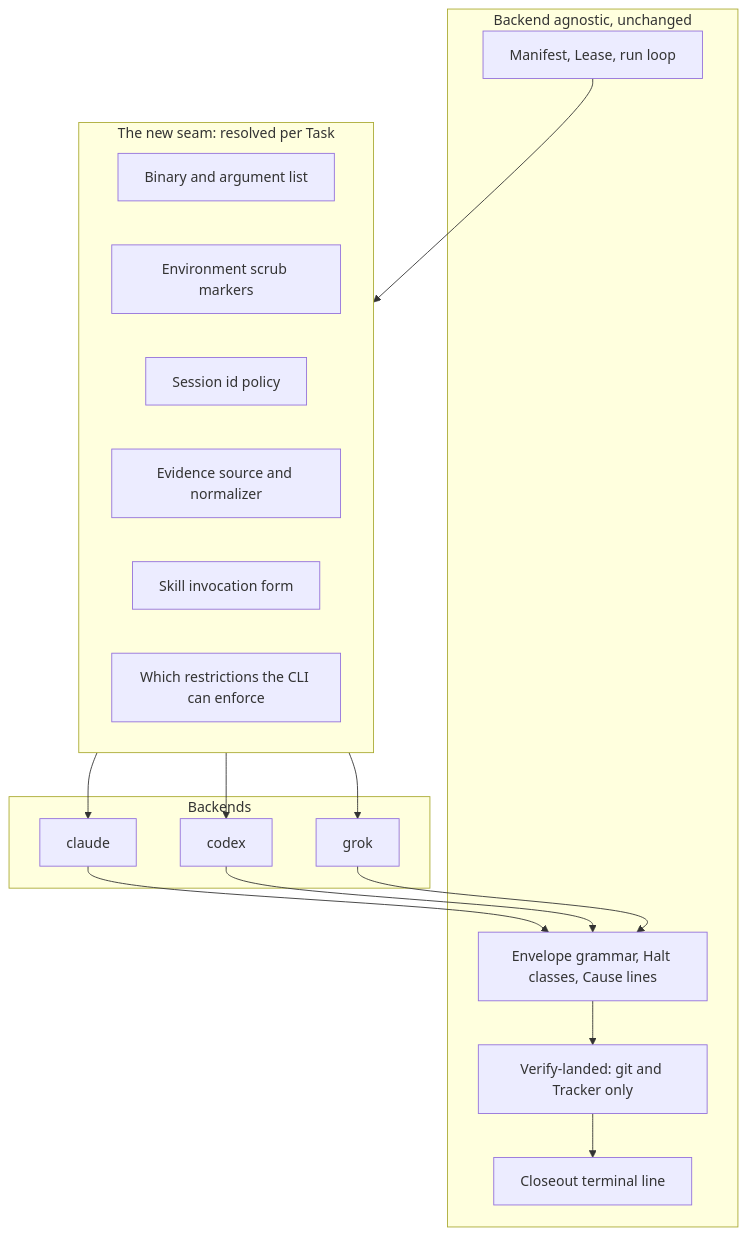
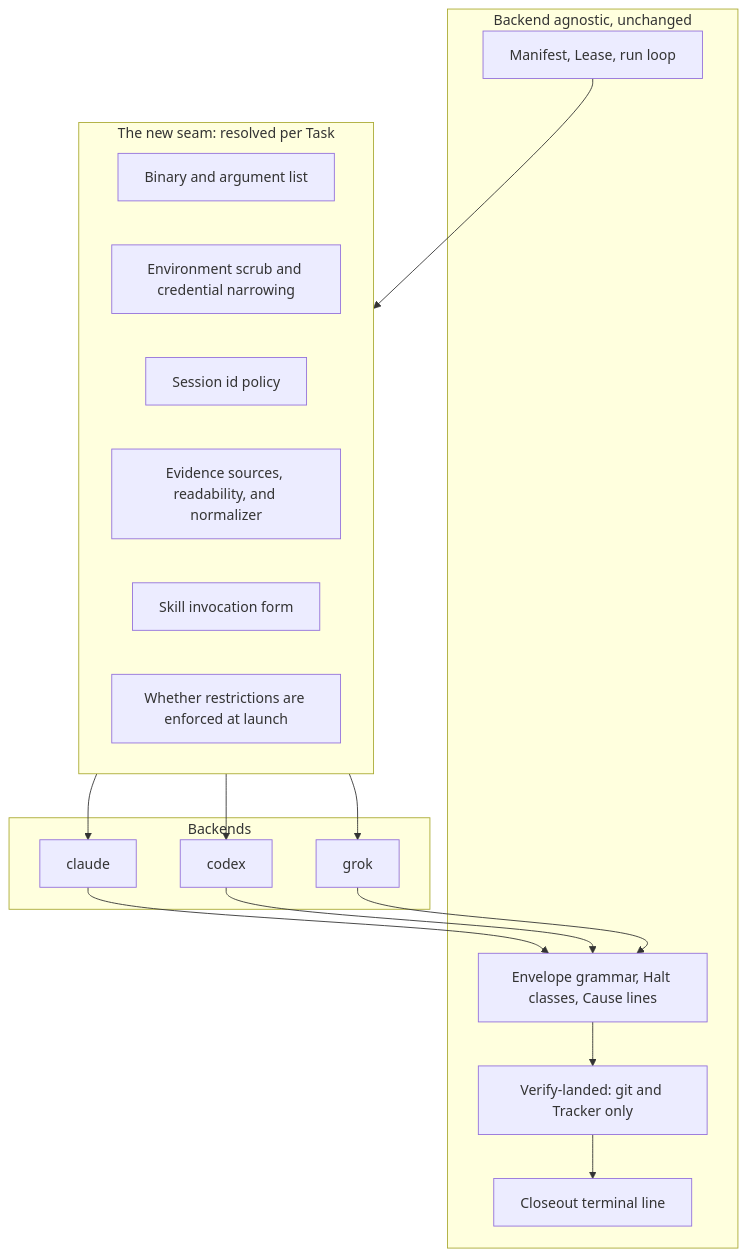
The first of 4 diagrams in docs/plans/2026-08-28-1101-feat-pluggable-cli-backends-plan.md (philgutowski/relay), drawn with Mermaid before and after one commit. The commit also changed other lines of this file, not shown here.

````diff
--- a/docs/plans/2026-08-28-1101-feat-pluggable-cli-backends-plan.md
+++ b/docs/plans/2026-08-28-1101-feat-pluggable-cli-backends-plan.md
@@ -62,31 +66,31 @@
 ```mermaid
 flowchart TB
   subgraph agnostic["Backend agnostic, unchanged"]
     M["Manifest, Lease, run loop"]
     V["Verify-landed: git and Tracker only"]
     C["Envelope grammar, Halt classes, Cause lines"]
     T["Closeout terminal line"]
   end
   subgraph seam["The new seam: resolved per Task"]
     B["Binary and argument list"]
-    E["Environment scrub markers"]
+    E["Environment scrub and credential narrowing"]
     S["Session id policy"]
-    X["Evidence source and normalizer"]
+    X["Evidence sources, readability, and normalizer"]
     K["Skill invocation form"]
-    P["Which restrictions the CLI can enforce"]
+    P["Whether restrictions are enforced at launch"]
   end
   subgraph backends["Backends"]
     CL["claude"]
     CX["codex"]
     GR["grok"]
   end
   M --> seam
   seam --> CL
   seam --> CX
   seam --> GR
   CL --> C
   CX --> C
   GR --> C
   C --> V
   V --> T
 ```
````
